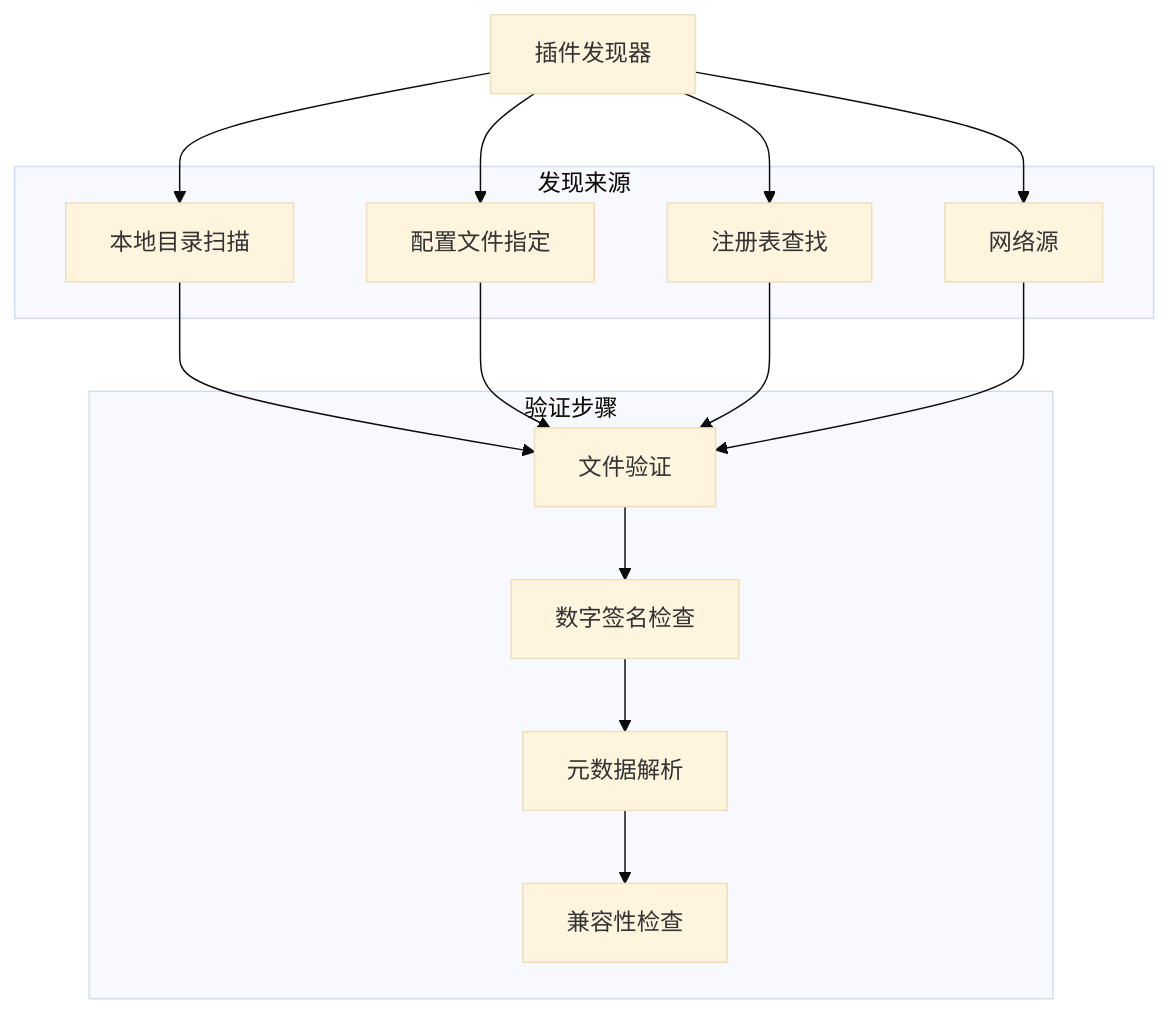
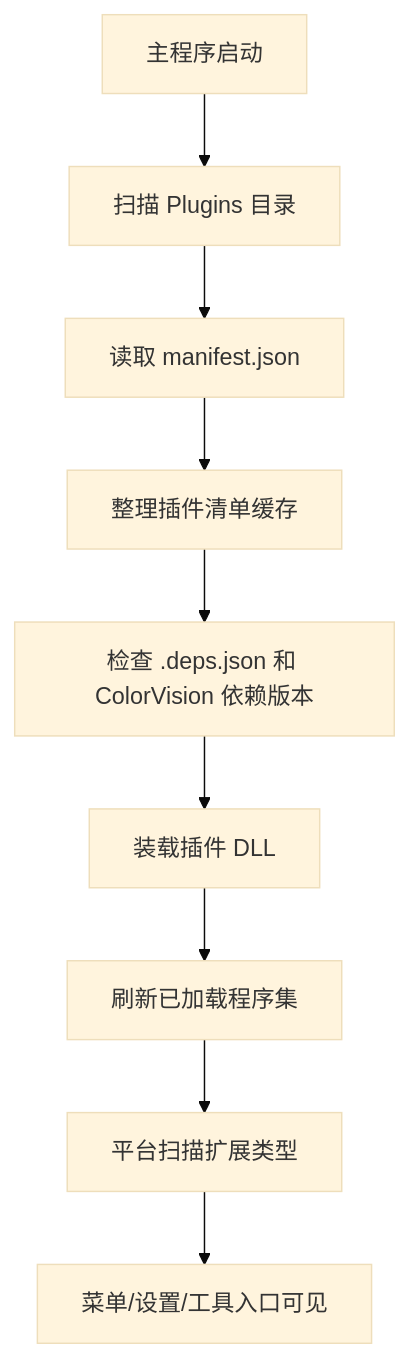
One commit to xincheng213618/scgd_general_wpf changed the diagram in docs/02-developer-guide/plugin-development/lifecycle.md. Above: the diagram before and after it, drawn with Mermaid (base theme). The commit also changed other lines of this file and 55 other files, not shown here.

````diff
--- a/docs/02-developer-guide/plugin-development/lifecycle.md
+++ b/docs/02-developer-guide/plugin-development/lifecycle.md
@@ -198,32 +22,11 @@
 ```mermaid
-graph TB
-    PluginDiscovery[插件发现器]
-    
-    subgraph "发现来源"
-        LocalDirectory[本地目录扫描]
-        ConfigFile[配置文件指定]
-        Registry[注册表查找]
-        NetworkSource[网络源]
-    end
-    
-    subgraph "验证步骤"
-        FileValidation[文件验证]
-        SignatureCheck[数字签名检查]
-        MetadataParse[元数据解析]
-        CompatibilityCheck[兼容性检查]
-    end
-    
-    PluginDiscovery --> LocalDirectory
-    PluginDiscovery --> ConfigFile
-    PluginDiscovery --> Registry
-    PluginDiscovery --> NetworkSource
-    
-    LocalDirectory --> FileValidation
-    ConfigFile --> FileValidation
-    Registry --> FileValidation
-    NetworkSource --> FileValidation
-    
-    FileValidation --> SignatureCheck
-    SignatureCheck --> MetadataParse
-    MetadataParse --> CompatibilityCheck
+flowchart TD
+    A[主程序启动] --> B[扫描 Plugins 目录]
+    B --> C[读取 manifest.json]
+    C --> D[整理插件清单缓存]
+    D --> E[检查 .deps.json 和 ColorVision 依赖版本]
+    E --> F[装载插件 DLL]
+    F --> G[刷新已加载程序集]
+    G --> H[平台扫描扩展类型]
+    H --> I[菜单/设置/工具入口可见]
 ```
````
